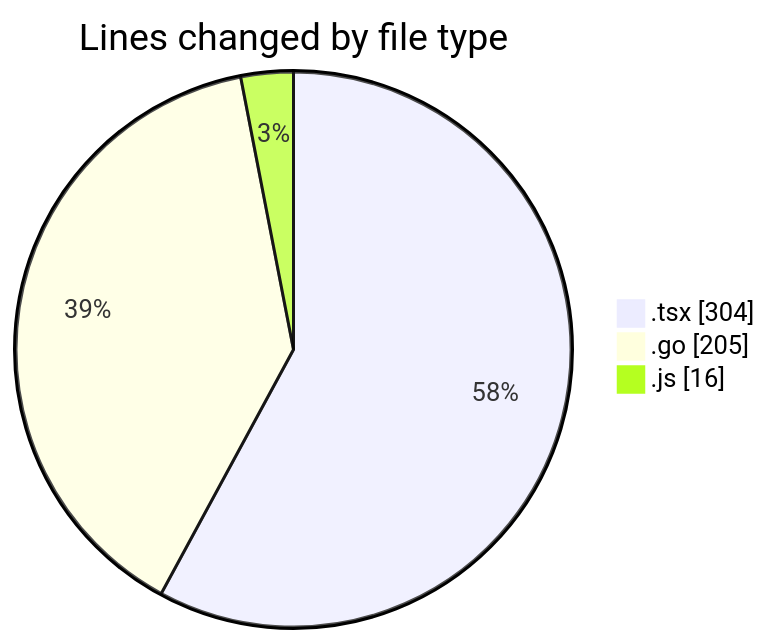
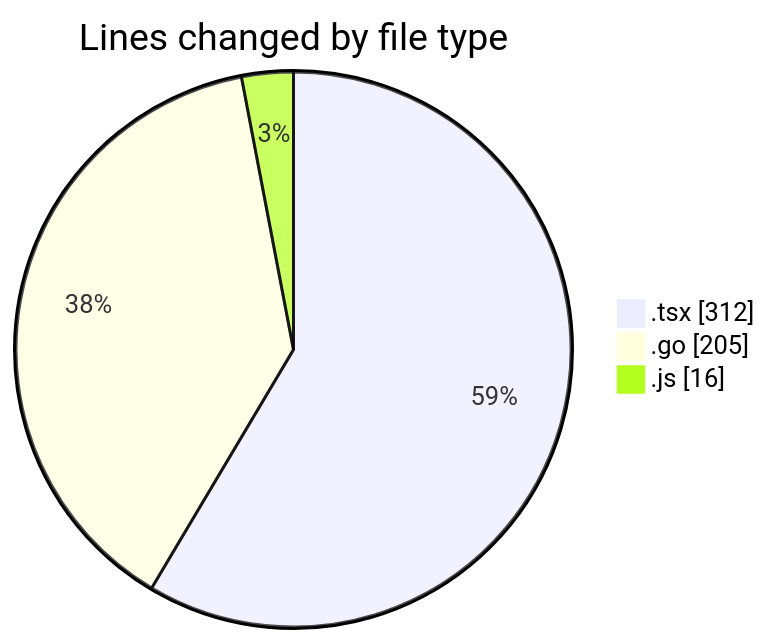
One commit to robertbonfada/code-tracking changed the first of 2 diagrams in 2025-03-04/termonied_testador/README.md. Above: the diagram before and after it, drawn with Mermaid. The commit also changed other lines of this file and 1 other file, not shown here.

````diff
--- a/2025-03-04/termonied_testador/README.md
+++ b/2025-03-04/termonied_testador/README.md
@@ -24,7 +24,7 @@
 ```mermaid
 pie showData
 title Lines changed by file type
-".tsx" : 304
+".tsx" : 312
 ".go" : 205
 ".js" : 16
 ```
````
